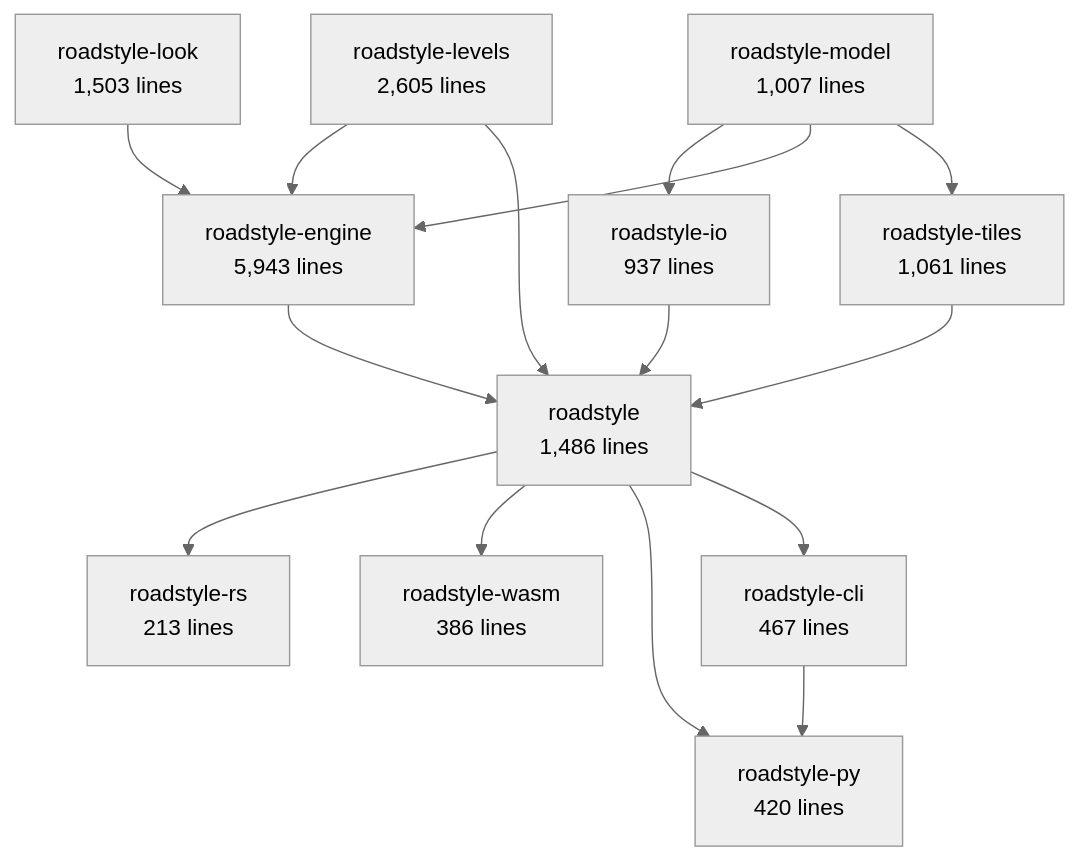
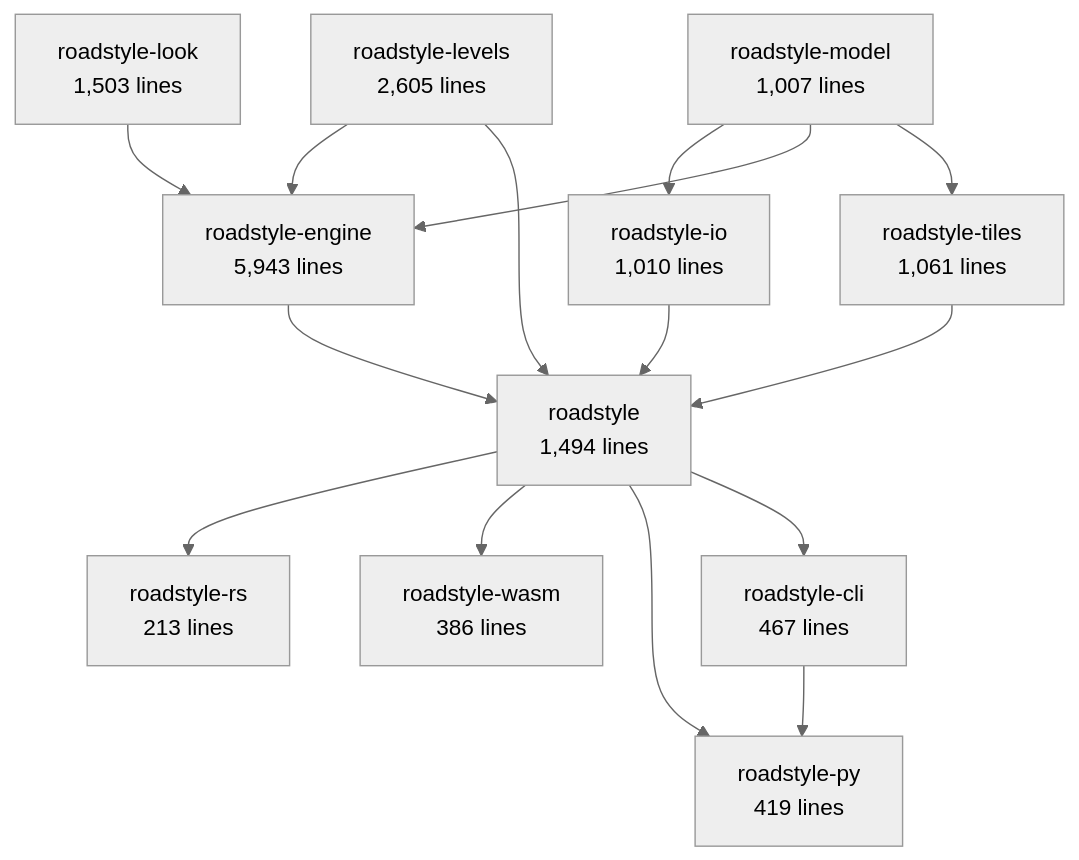
One commit to Khoshkhah/roadstyle changed the second of 6 diagrams in docs/rust/architecture.md. Above: the diagram before and after it, drawn with Mermaid (neutral theme). The commit also changed other lines of this file and 11 other files, not shown here.

````diff
--- a/docs/rust/architecture.md
+++ b/docs/rust/architecture.md
@@ -69,28 +69,28 @@
 ```mermaid
 flowchart TB
     roadstyle_model["roadstyle-model<br/>1,007 lines"]
     roadstyle_look["roadstyle-look<br/>1,503 lines"]
-    roadstyle_io["roadstyle-io<br/>937 lines"]
+    roadstyle_io["roadstyle-io<br/>1,010 lines"]
     roadstyle_levels["roadstyle-levels<br/>2,605 lines"]
     roadstyle_engine["roadstyle-engine<br/>5,943 lines"]
     roadstyle_tiles["roadstyle-tiles<br/>1,061 lines"]
-    roadstyle["roadstyle<br/>1,486 lines"]
+    roadstyle["roadstyle<br/>1,494 lines"]
     roadstyle_rs["roadstyle-rs<br/>213 lines"]
     roadstyle_wasm["roadstyle-wasm<br/>386 lines"]
-    roadstyle_py["roadstyle-py<br/>420 lines"]
+    roadstyle_py["roadstyle-py<br/>419 lines"]
     roadstyle_cli["roadstyle-cli<br/>467 lines"]
     roadstyle_model --> roadstyle_io
     roadstyle_levels --> roadstyle_engine
     roadstyle_look --> roadstyle_engine
     roadstyle_model --> roadstyle_engine
     roadstyle_model --> roadstyle_tiles
     roadstyle_engine --> roadstyle
     roadstyle_io --> roadstyle
     roadstyle_levels --> roadstyle
     roadstyle_tiles --> roadstyle
     roadstyle --> roadstyle_rs
     roadstyle --> roadstyle_wasm
     roadstyle --> roadstyle_py
     roadstyle_cli --> roadstyle_py
     roadstyle --> roadstyle_cli
 ```
````
